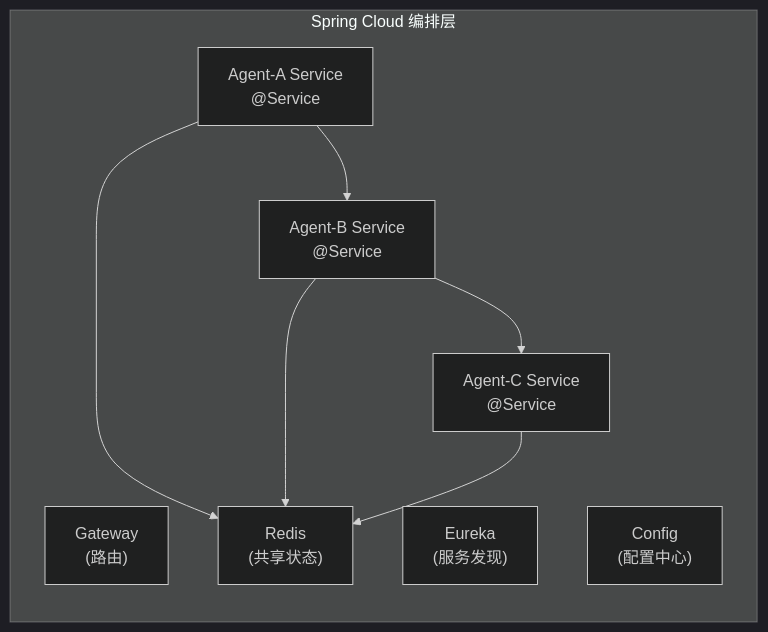
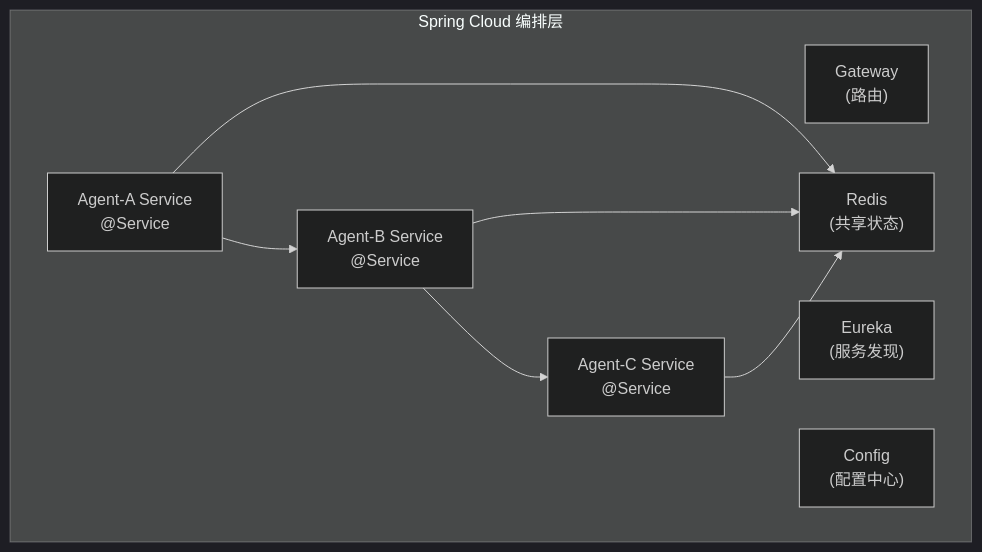
One commit to wonglaitung/splan changed diagram 15 of 22 in full_analysis/银行AI发展整体架构框架.md. Above: the diagram before and after it, drawn with Mermaid (dark theme). The commit also changed 2 other files, not shown here.

Commit message:
style: 将无方向语义的纵向单列 mermaid 流程改为横向(LR)
- doc5 ReAct 循环图、doc1 ReAct 循环图：flowchart TD/TB -> LR
- full_analysis 硬编码调用链图：外层与 subgraph 均改 LR
- 保留「科技部专属版」中显式标注"从上到下/从下到上"的两张图（方向为语义所需）

````diff
--- a/full_analysis/银行AI发展整体架构框架.md
+++ b/full_analysis/银行AI发展整体架构框架.md
@@ -676,13 +676,13 @@
 ```mermaid
-flowchart TB
+flowchart LR
     subgraph SC["Spring Cloud 编排层"]
-        direction TB
+        direction LR
         G["Gateway<br/>(路由)"]
         E["Eureka<br/>(服务发现)"]
         CF["Config<br/>(配置中心)"]
         A["Agent-A Service<br/>@Service"] --> B["Agent-B Service<br/>@Service"] --> C["Agent-C Service<br/>@Service"]
         A --> RDS["Redis<br/>(共享状态)"]
         B --> RDS
         C --> RDS
     end
 ```
````
